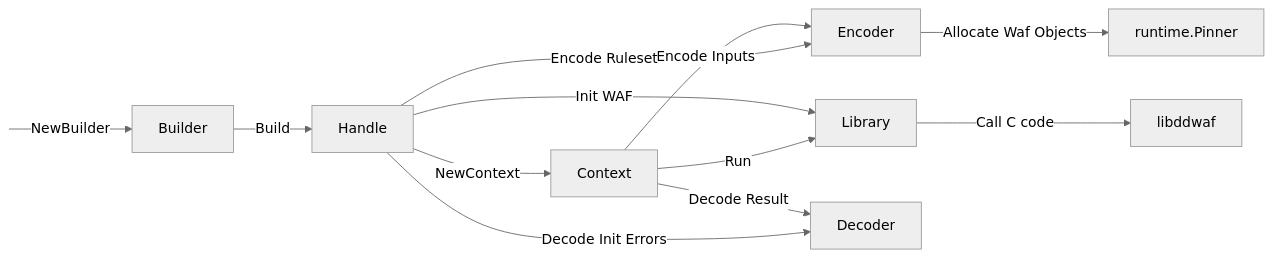
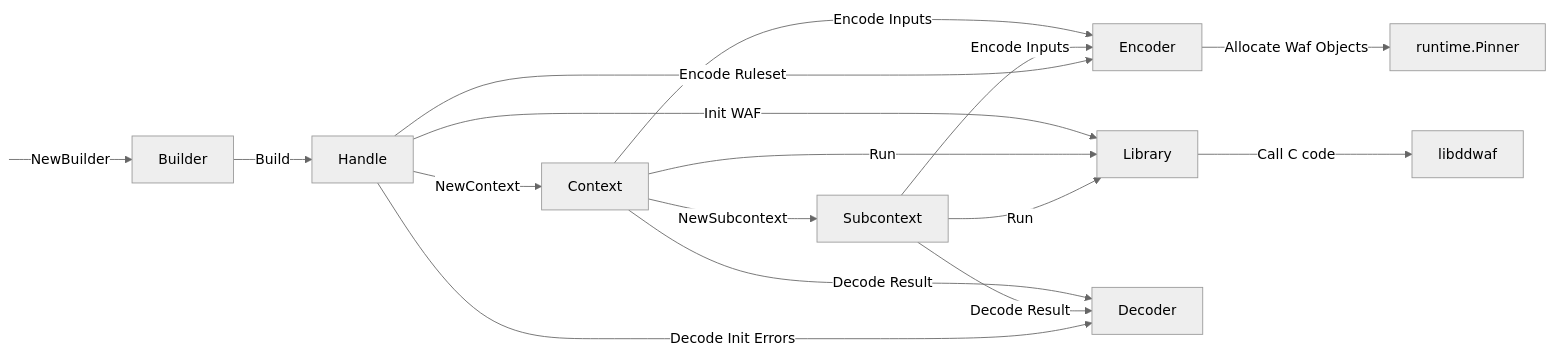
Before and after one commit to DataDog/go-libddwaf: the diagram in README.md, drawn with Mermaid (neutral theme). The commit also changed other lines of this file and 99 other files, not shown here.

````diff
--- a/README.md
+++ b/README.md
@@ -84,21 +267,25 @@
 ```mermaid
 flowchart LR
     START:::hidden -->|NewBuilder| Builder -->|Build| Handle
 
     Handle -->|NewContext| Context
+    Context -->|NewSubcontext| Subcontext
 
     Context -->|Encode Inputs| Encoder
+    Subcontext -->|Encode Inputs| Encoder
 
     Handle -->|Encode Ruleset| Encoder
     Handle -->|Init WAF| Library
     Context -->|Decode Result| Decoder
+    Subcontext -->|Decode Result| Decoder
 
     Handle -->|Decode Init Errors| Decoder
 
     Context -->|Run| Library
+    Subcontext -->|Run| Library
     Encoder -->|Allocate Waf Objects| runtime.Pinner
 
     Library -->|Call C code| libddwaf
 
     classDef hidden display: none;
 ```
````
